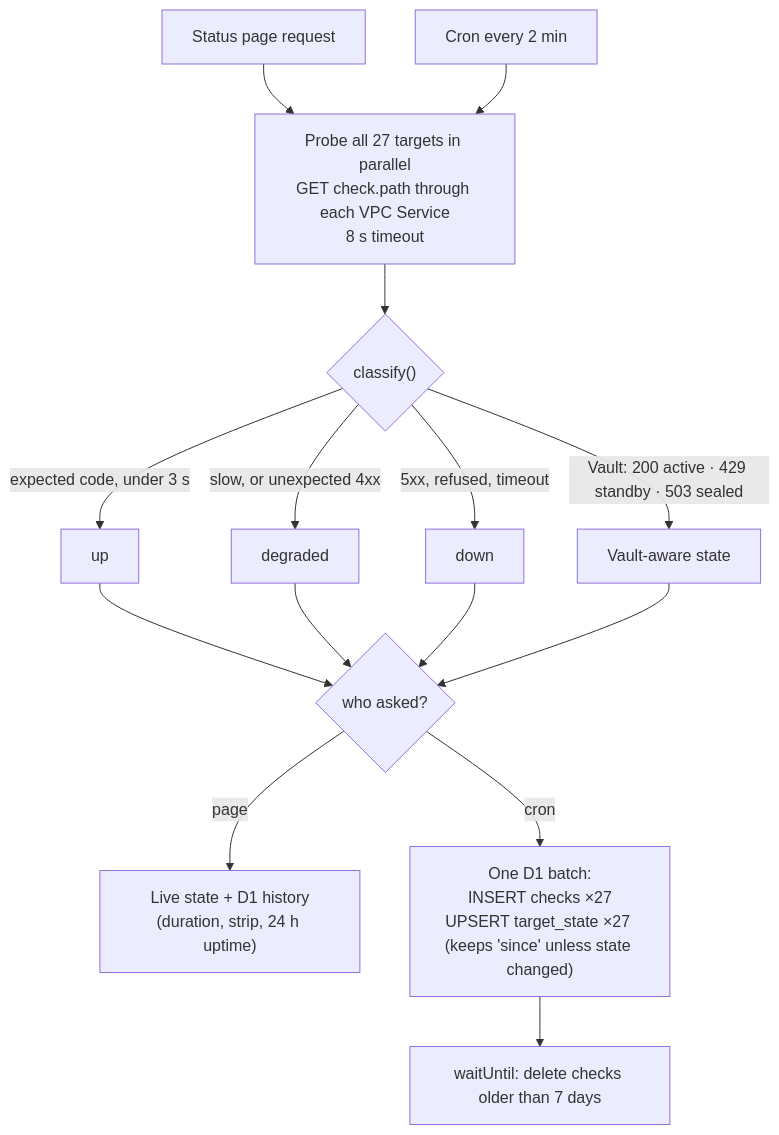
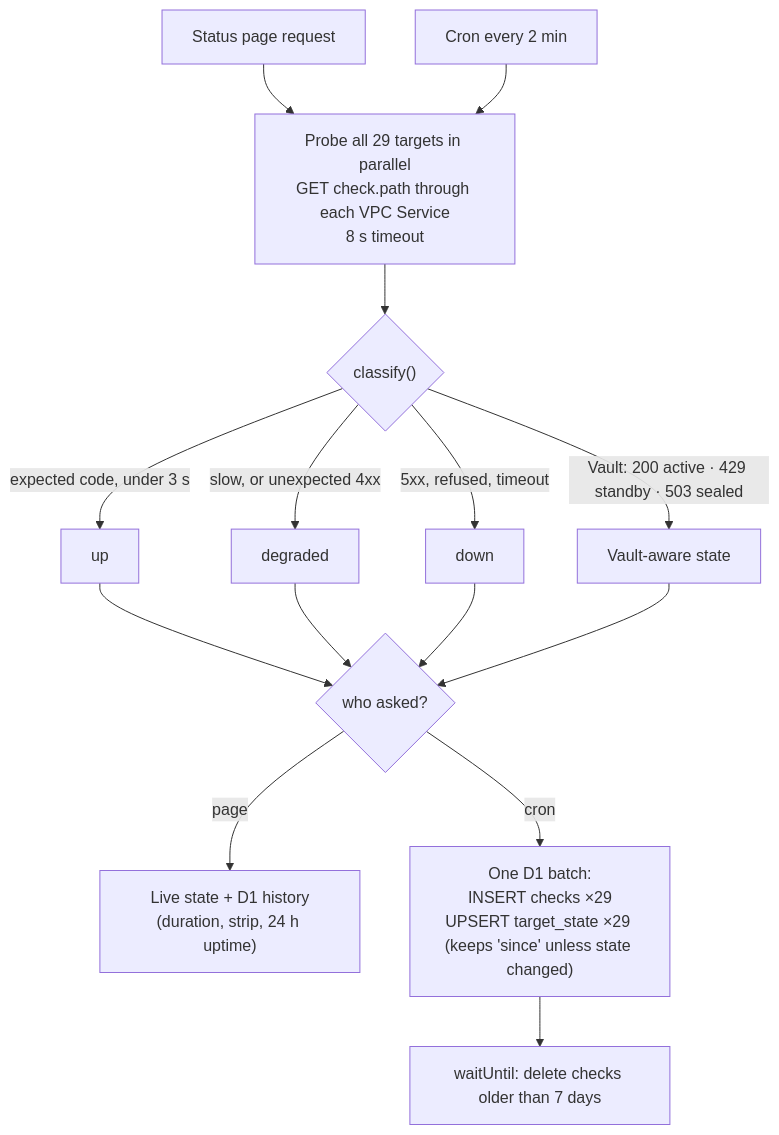
Before and after one commit to mike12806/hdctl: the fourth of 7 diagrams in README.md, drawn with Mermaid. The commit also changed other lines of this file and 11 other files, not shown here.

````diff
--- a/README.md
+++ b/README.md
@@ -223,14 +225,14 @@
 ```mermaid
 flowchart TD
   page["Status page request"] --> fan
-  cron["Cron every 2 min"] --> fan["Probe all 27 targets in parallel<br/>GET check.path through each VPC Service<br/>8 s timeout"]
+  cron["Cron every 2 min"] --> fan["Probe all 29 targets in parallel<br/>GET check.path through each VPC Service<br/>8 s timeout"]
   fan --> cls{"classify()"}
   cls -->|expected code, under 3 s| up["up"]
   cls -->|slow, or unexpected 4xx| deg["degraded"]
   cls -->|5xx, refused, timeout| down["down"]
   cls -->|Vault: 200 active · 429 standby · 503 sealed| vault["Vault-aware state"]
   up & deg & down & vault --> who{"who asked?"}
   who -->|page| merge["Live state + D1 history<br/>(duration, strip, 24 h uptime)"]
-  who -->|cron| batch["One D1 batch:<br/>INSERT checks ×27<br/>UPSERT target_state ×27 (keeps 'since' unless state changed)"]
+  who -->|cron| batch["One D1 batch:<br/>INSERT checks ×29<br/>UPSERT target_state ×29 (keeps 'since' unless state changed)"]
   batch --> prune["waitUntil: delete checks older than 7 days"]
 ```
````
